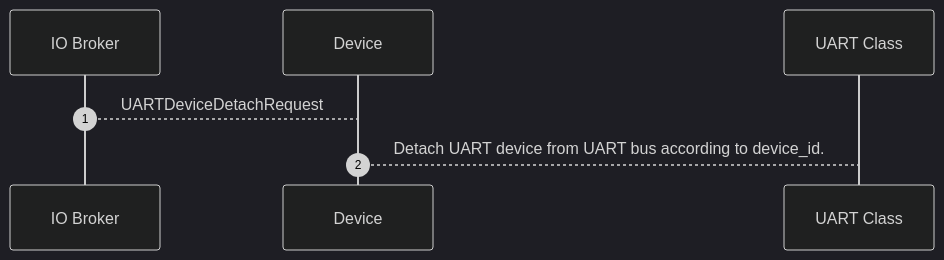
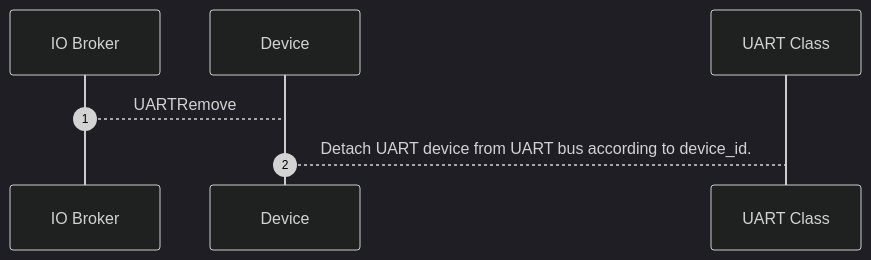
The third of 3 diagrams in proto/wippersnapper/uart/v1/uart.md (adafruit/Wippersnapper_Protobuf), drawn with Mermaid (dark theme) before and after one commit. The commit also changed 2 other files, not shown here.

Commit message:
bring uart remove into signal.proto too

````diff
--- a/proto/wippersnapper/uart/v1/uart.md
+++ b/proto/wippersnapper/uart/v1/uart.md
@@ -50,7 +50,7 @@
 ```mermaid
 sequenceDiagram
 autonumber
 
-IO Broker --> Device: UARTDeviceDetachRequest
+IO Broker --> Device: UARTRemove
 Device --> UART Class: Detach UART device from UART bus according to device_id.
 ```
````
